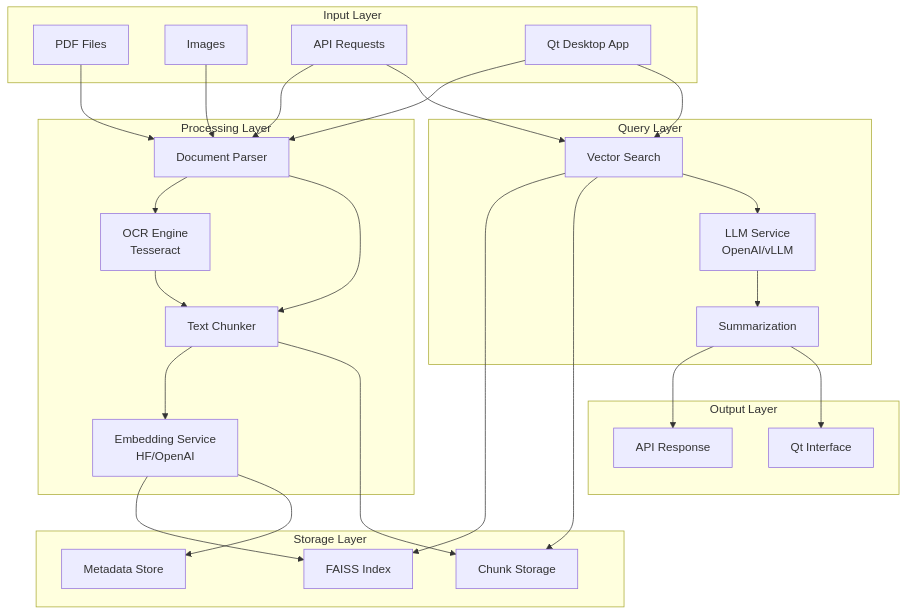
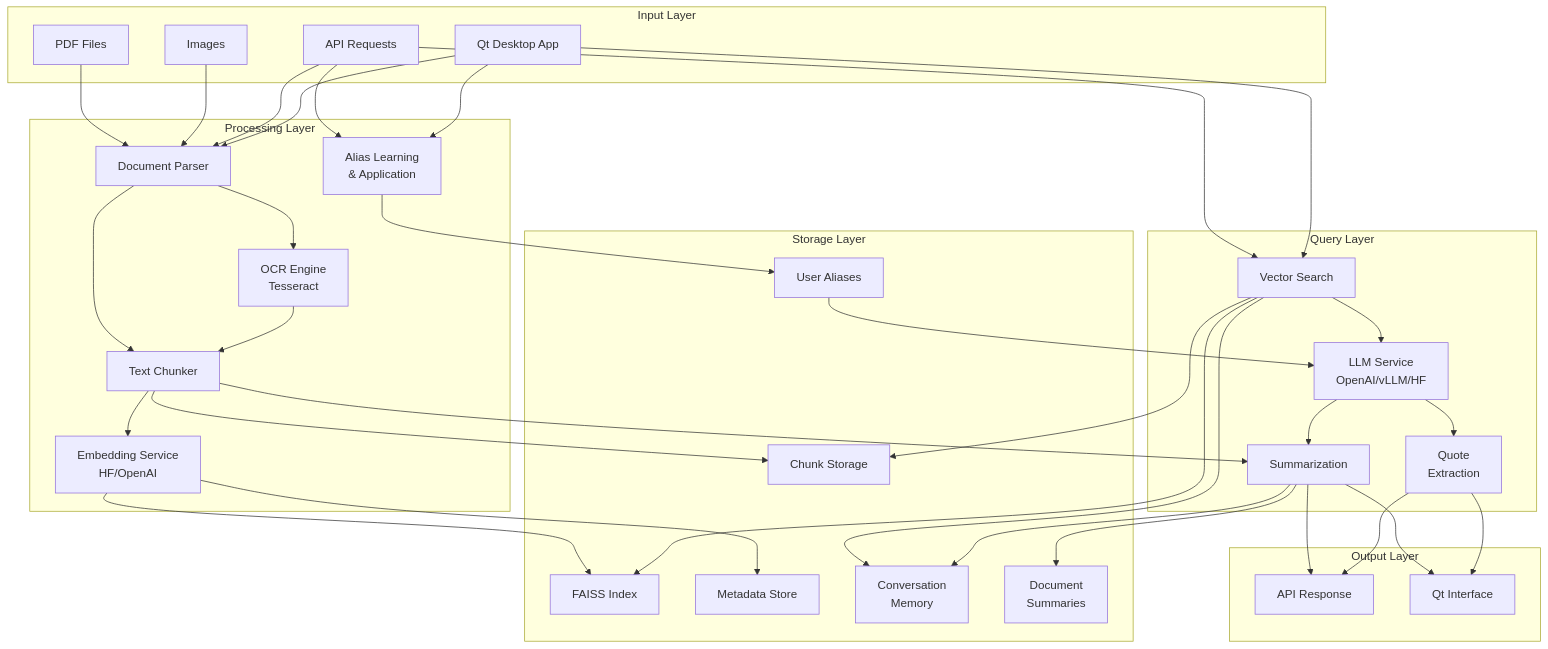
One commit to Duncanyu/anagnosis changed the diagram in README.md. Above: the diagram before and after it, drawn with Mermaid. The commit also changed other lines of this file and 5 other files, not shown here.

Commit message:
memory/aliases; refactor chunking/summarization; UI

````diff
--- a/README.md
+++ b/README.md
@@ -16,57 +20,75 @@
 ```mermaid
 graph TB
     subgraph "Input Layer"
         PDF[PDF Files]
         IMG[Images]
         API_REQ[API Requests]
         QT_APP[Qt Desktop App]
     end
     
     subgraph "Processing Layer"
         PARSE[Document Parser]
         OCR[OCR Engine<br/>Tesseract]
         CHUNK[Text Chunker]
         EMBED[Embedding Service<br/>HF/OpenAI]
+        ALIAS[Alias Learning<br/>& Application]
     end
     
     subgraph "Storage Layer"
         FAISS[FAISS Index]
         META[Metadata Store]
         CHUNKS[Chunk Storage]
+        MEMORY[Conversation<br/>Memory]
+        ALIASES[User Aliases]
+        DOC_SUM[Document<br/>Summaries]
     end
     
     subgraph "Query Layer"
         SEARCH[Vector Search]
-        LLM[LLM Service<br/>OpenAI/vLLM]
+        LLM[LLM Service<br/>OpenAI/vLLM/HF]
         SUMM[Summarization]
+        QUOTES[Quote<br/>Extraction]
     end
     
     subgraph "Output Layer"
         API_RESP[API Response]
         QT_UI[Qt Interface]
     end
     
     PDF --> PARSE
     IMG --> PARSE
     API_REQ --> PARSE
     QT_APP --> PARSE
     
     PARSE --> OCR
     PARSE --> CHUNK
     OCR --> CHUNK
     
     CHUNK --> EMBED
+    CHUNK --> SUMM
     EMBED --> FAISS
     EMBED --> META
     CHUNK --> CHUNKS
+    SUMM --> DOC_SUM
     
     API_REQ --> SEARCH
     QT_APP --> SEARCH
+    API_REQ --> ALIAS
+    QT_APP --> ALIAS
+    
     SEARCH --> FAISS
     SEARCH --> CHUNKS
+    SEARCH --> MEMORY
     SEARCH --> LLM
+    
     LLM --> SUMM
+    LLM --> QUOTES
+    ALIAS --> ALIASES
+    ALIASES --> LLM
     
     SUMM --> API_RESP
     SUMM --> QT_UI
+    SUMM --> MEMORY
+    QUOTES --> API_RESP
+    QUOTES --> QT_UI
 ```
````
